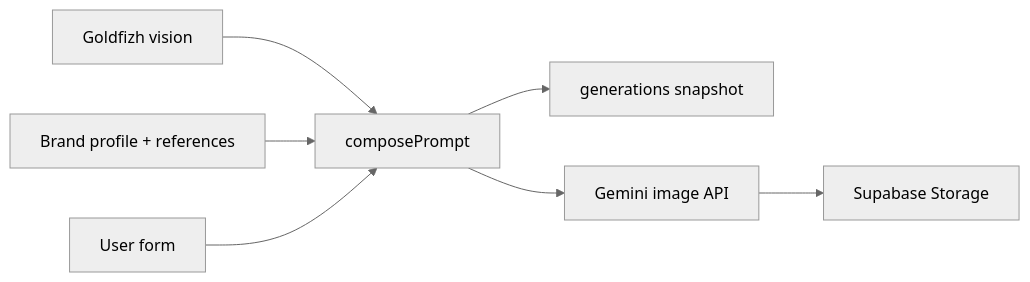
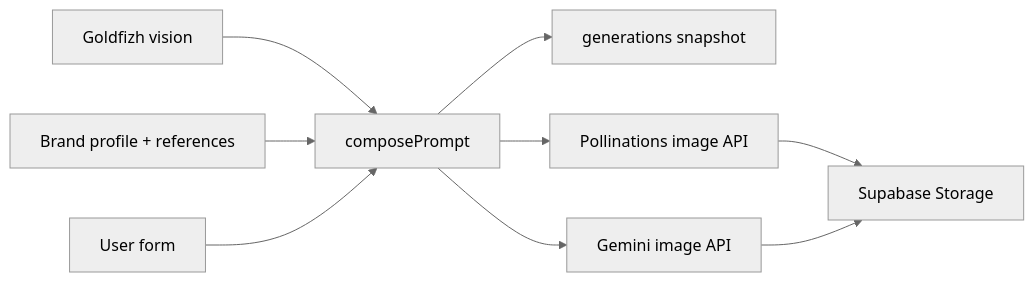
One commit to jp4900/goldfizh changed the diagram in README.md. Above: the diagram before and after it, drawn with Mermaid (neutral theme). The commit also changed other lines of this file and 8 other files, not shown here.

````diff
--- a/README.md
+++ b/README.md
@@ -46,9 +49,11 @@
 ```mermaid
 flowchart LR
   Vision["Goldfizh vision"] --> Compiler["composePrompt"]
   Brand["Brand profile + references"] --> Compiler
   Request["User form"] --> Compiler
   Compiler --> DB["generations snapshot"]
+  Compiler --> Pollinations["Pollinations image API"]
   Compiler --> Gemini["Gemini image API"]
-  Gemini --> Storage["Supabase Storage"]
+  Pollinations --> Storage["Supabase Storage"]
+  Gemini --> Storage
 ```
````
